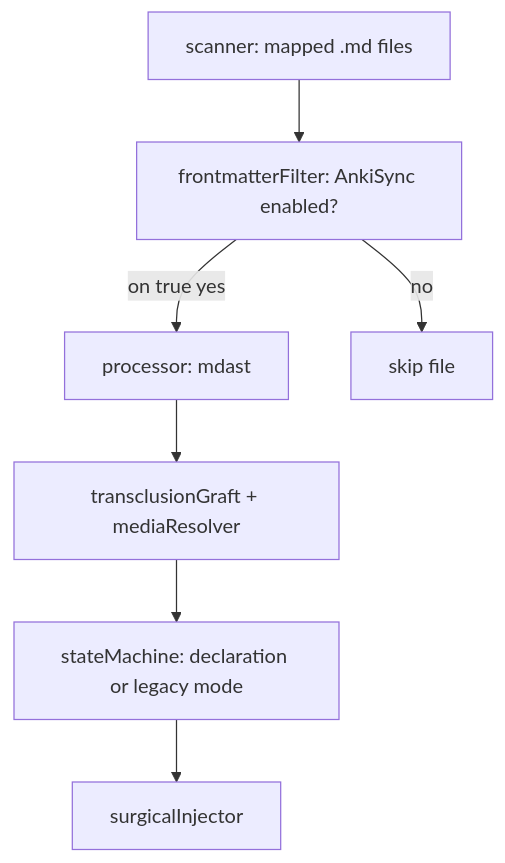
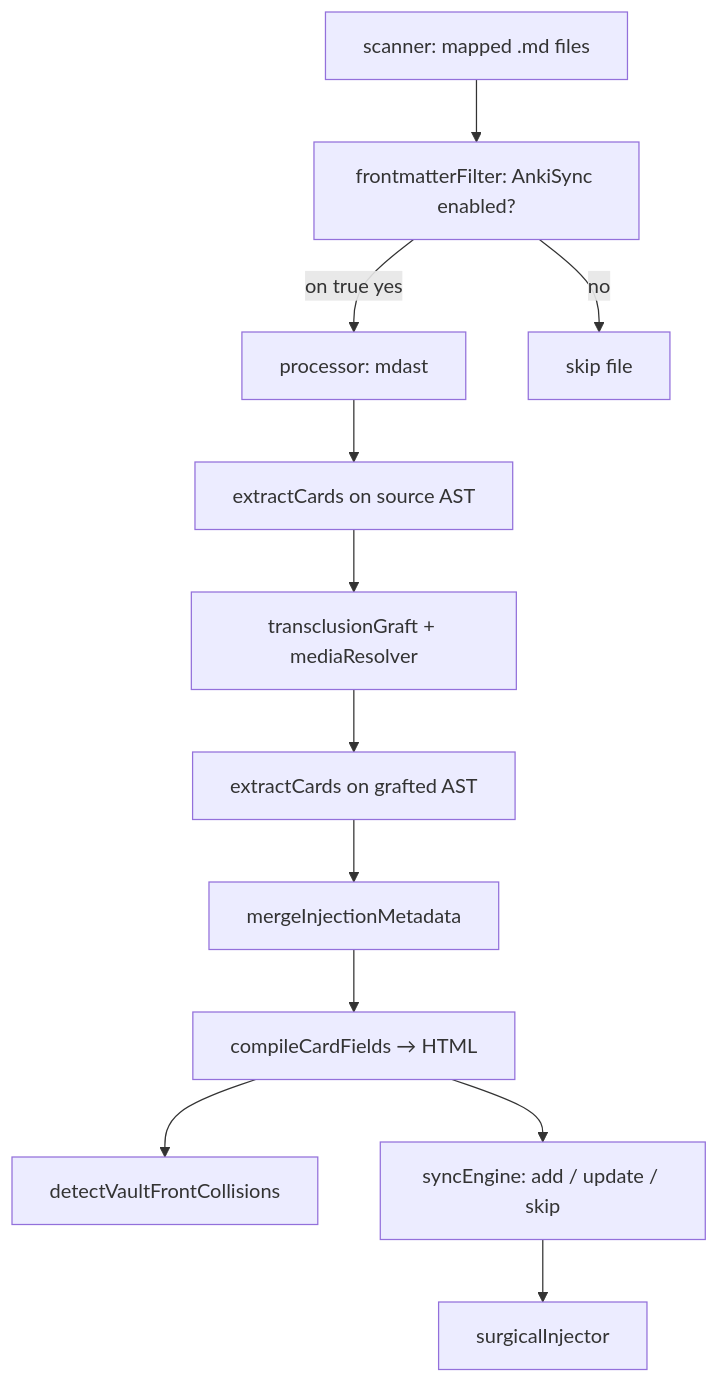
The first of 2 diagrams in Docs/Engine-Architecture.md (zunaidFarouque/Obsidian-Anki-AST-Engine), drawn with Mermaid before and after one commit. The commit also changed other lines of this file and 48 other files, not shown here.

````diff
--- a/Docs/Engine-Architecture.md
+++ b/Docs/Engine-Architecture.md
@@ -7,13 +7,21 @@
 ```mermaid
 flowchart TD
   scan[scanner: mapped .md files]
   gate[frontmatterFilter: AnkiSync enabled?]
   parse[processor: mdast]
+  extractPre[extractCards on source AST]
   graft[transclusionGraft + mediaResolver]
-  extract[stateMachine: declaration or legacy mode]
+  merge[mergeInjectionMetadata]
+  extractPost[extractCards on grafted AST]
+  compile[compileCardFields → HTML]
+  dup[detectVaultFrontCollisions]
+  anki[syncEngine: add / update / skip]
   inject[surgicalInjector]
   scan --> gate
   gate -->|no| skip[skip file]
   gate -->|on true yes| parse
-  parse --> graft --> extract --> inject
+  parse --> extractPre --> graft --> extractPost --> merge
+  merge --> compile --> dup
+  compile --> anki
+  anki --> inject
 ```
````
